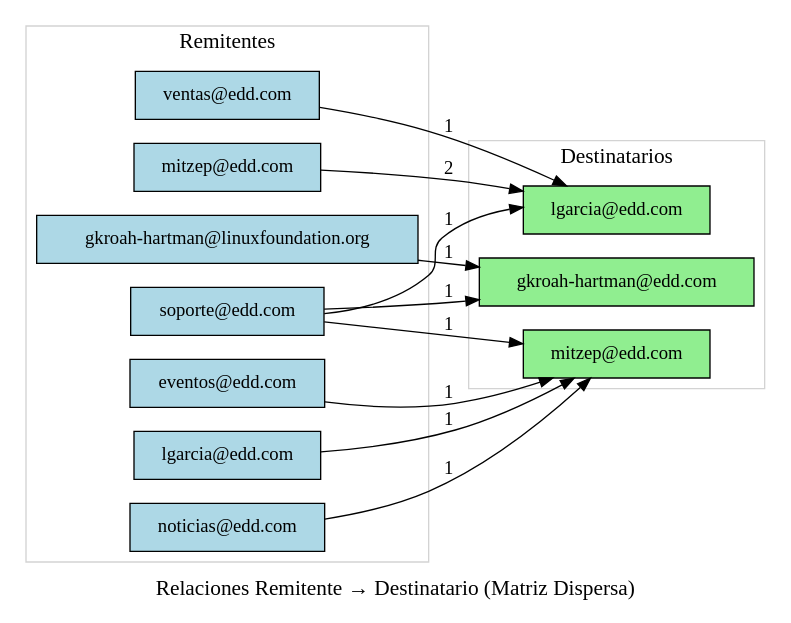
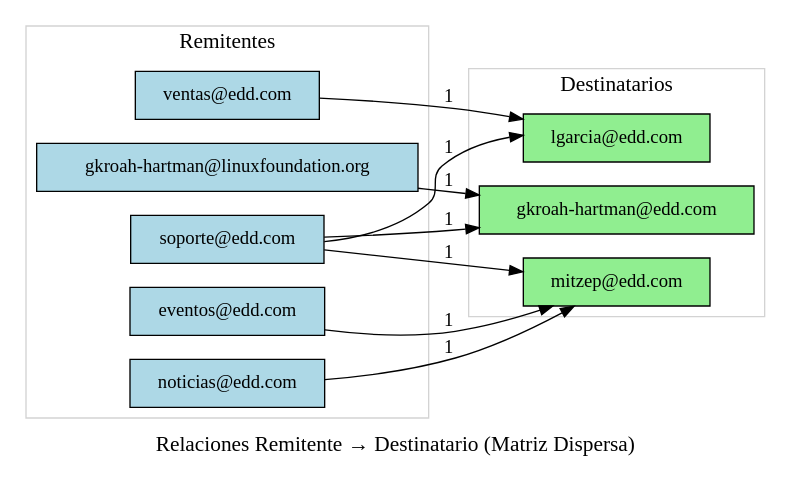
The diagram in Fase1/src/Root-Reportes/relaciones.dot (JoseArt777/-EDD-1S2025_202100305), drawn with Graphviz before and after one commit. The commit also changed 14 other files, not shown here.

```diff
--- a/Fase1/src/Root-Reportes/relaciones.dot
+++ b/Fase1/src/Root-Reportes/relaciones.dot
@@ -1,28 +1,24 @@
 digraph G {
   rankdir=LR;
   node [shape=box, style=filled, fillcolor=lightyellow];
   label="Relaciones Remitente → Destinatario (Matriz Dispersa)"; fontsize=16;
   subgraph cluster_remitentes { label="Remitentes"; color=lightgray;
   r_1 [label="soporte@edd.com", fillcolor=lightblue];
   r_2 [label="ventas@edd.com", fillcolor=lightblue];
   r_3 [label="noticias@edd.com", fillcolor=lightblue];
   r_4 [label="eventos@edd.com", fillcolor=lightblue];
   r_5 [label="gkroah-hartman@linuxfoundation.org", fillcolor=lightblue];
-  r_6 [label="lgarcia@edd.com", fillcolor=lightblue];
-  r_7 [label="mitzep@edd.com", fillcolor=lightblue];
   }
   subgraph cluster_destinatarios { label="Destinatarios"; color=lightgray;
   d_1 [label="lgarcia@edd.com", fillcolor=lightgreen];
   d_2 [label="mitzep@edd.com", fillcolor=lightgreen];
   d_3 [label="gkroah-hartman@edd.com", fillcolor=lightgreen];
   }
   r_1 -> d_1 [label="1"];
   r_1 -> d_2 [label="1"];
   r_1 -> d_3 [label="1"];
   r_2 -> d_1 [label="1"];
   r_3 -> d_2 [label="1"];
   r_4 -> d_2 [label="1"];
   r_5 -> d_3 [label="1"];
-  r_6 -> d_2 [label="1"];
-  r_7 -> d_1 [label="2"];
 }
```
